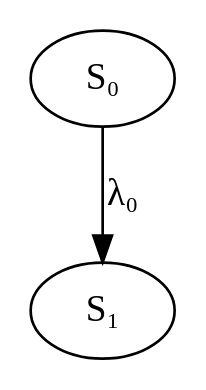
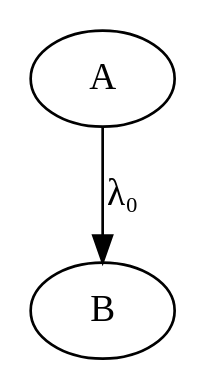
Before and after one commit to dwu0042/explore_echidna: the first of 2 diagrams in reports/report.qmd, drawn with Graphviz. The commit also changed other lines of this file and 3 other files, not shown here.

````diff
--- a/reports/report.qmd
+++ b/reports/report.qmd
@@ -299,6 +299,6 @@
 ```{dot}
 //| fig-width: 30%
 digraph G {
-    S₀ -> S₁ [ label="λ₀" ]
+    A -> B [ label="λ₀" ]
 }
 ```
````
